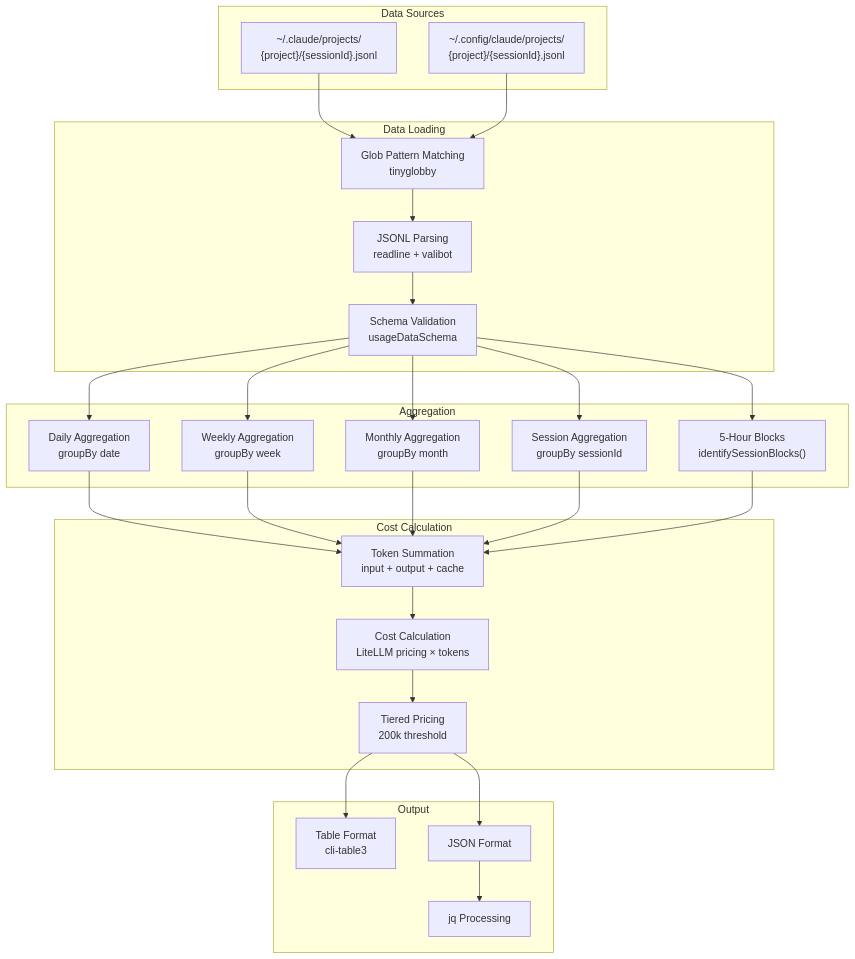
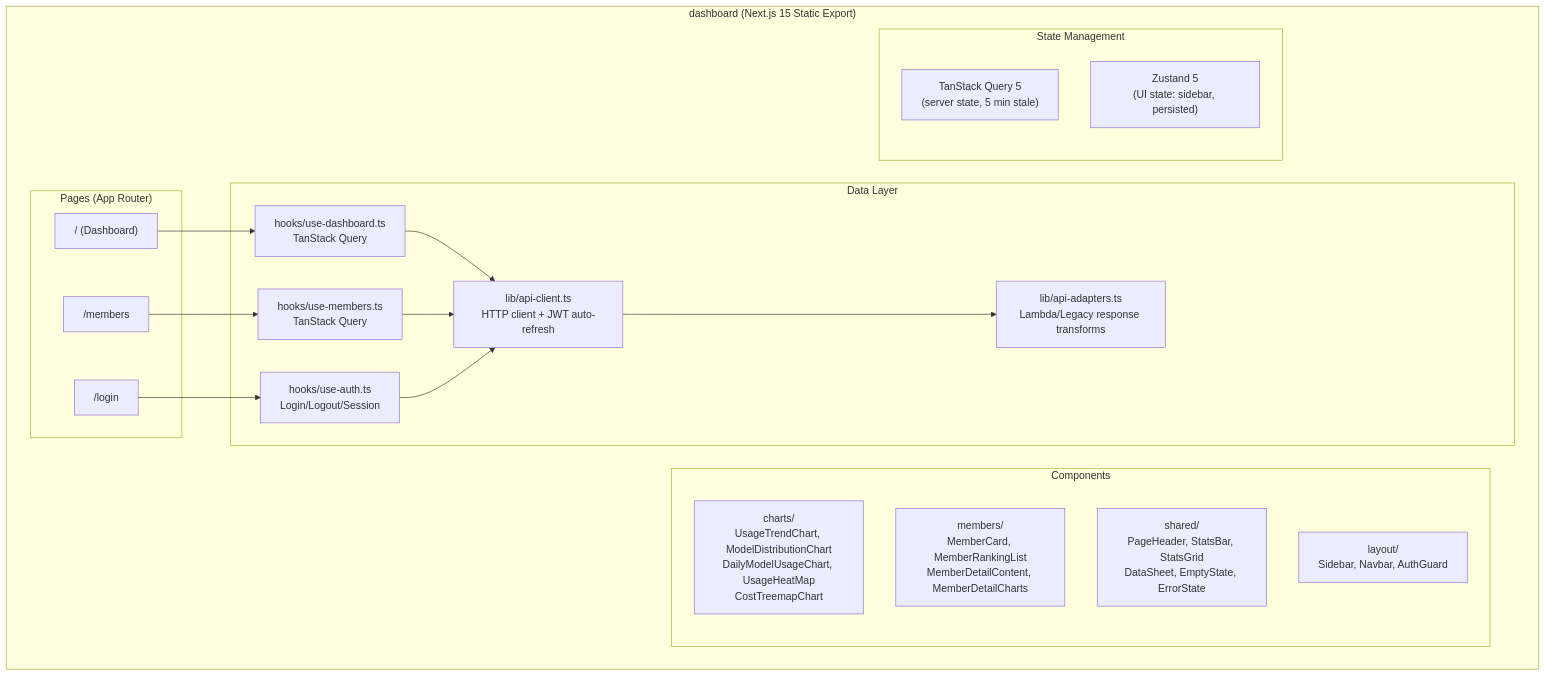
Before and after one commit to nathanp1112/ccusage-monitor: the eighth of 17 diagrams in docs/architecture.md, drawn with Mermaid. The commit also changed other lines of this file and 77 other files, not shown here.

````diff
--- a/docs/architecture.md
+++ b/docs/architecture.md
@@ -183,57 +395,39 @@
 ```mermaid
-flowchart TD
-    subgraph "Data Sources"
-        FS1["~/.claude/projects/<br/>{project}/{sessionId}.jsonl"]
-        FS2["~/.config/claude/projects/<br/>{project}/{sessionId}.jsonl"]
+graph TB
+    subgraph "dashboard (Next.js 15 Static Export)"
+        subgraph "Pages (App Router)"
+            HOME["/ (Dashboard)"]
+            MEMBERS_PAGE["/members"]
+            LOGIN_PAGE["/login"]
+        end
+
+        subgraph "Data Layer"
+            API_CLIENT["lib/api-client.ts<br/>HTTP client + JWT auto-refresh"]
+            API_ADAPTERS["lib/api-adapters.ts<br/>Lambda/Legacy response transforms"]
+            USE_DASHBOARD["hooks/use-dashboard.ts<br/>TanStack Query"]
+            USE_MEMBERS["hooks/use-members.ts<br/>TanStack Query"]
+            USE_AUTH["hooks/use-auth.ts<br/>Login/Logout/Session"]
+        end
+
+        subgraph "Components"
+            CHARTS["charts/<br/>UsageTrendChart, ModelDistributionChart<br/>DailyModelUsageChart, UsageHeatMap<br/>CostTreemapChart"]
+            MEMBERS_COMP["members/<br/>MemberCard, MemberRankingList<br/>MemberDetailContent, MemberDetailCharts"]
+            SHARED["shared/<br/>PageHeader, StatsBar, StatsGrid<br/>DataSheet, EmptyState, ErrorState"]
+            LAYOUT["layout/<br/>Sidebar, Navbar, AuthGuard"]
+        end
+
+        subgraph "State Management"
+            TANSTACK["TanStack Query 5<br/>(server state, 5 min stale)"]
+            ZUSTAND["Zustand 5<br/>(UI state: sidebar, persisted)"]
+        end
+
+        HOME --> USE_DASHBOARD
+        MEMBERS_PAGE --> USE_MEMBERS
+        LOGIN_PAGE --> USE_AUTH
+
+        USE_DASHBOARD --> API_CLIENT
+        USE_MEMBERS --> API_CLIENT
+        USE_AUTH --> API_CLIENT
+        API_CLIENT --> API_ADAPTERS
     end
-
-    subgraph "Data Loading"
-        GLOB["Glob Pattern Matching<br/>tinyglobby"]
-        PARSE["JSONL Parsing<br/>readline + valibot"]
-        VALIDATE["Schema Validation<br/>usageDataSchema"]
-    end
-
-    subgraph "Aggregation"
-        AGG_DAILY["Daily Aggregation<br/>groupBy date"]
-        AGG_WEEKLY["Weekly Aggregation<br/>groupBy week"]
-        AGG_MONTHLY["Monthly Aggregation<br/>groupBy month"]
-        AGG_SESSION["Session Aggregation<br/>groupBy sessionId"]
-        AGG_BLOCKS["5-Hour Blocks<br/>identifySessionBlocks()"]
-    end
-
-    subgraph "Cost Calculation"
-        TOKEN_SUM["Token Summation<br/>input + output + cache"]
-        COST_CALC["Cost Calculation<br/>LiteLLM pricing × tokens"]
-        TIERED["Tiered Pricing<br/>200k threshold"]
-    end
-
-    subgraph "Output"
-        OUT_TABLE["Table Format<br/>cli-table3"]
-        OUT_JSON["JSON Format"]
-        OUT_JQ["jq Processing"]
-    end
-
-    FS1 --> GLOB
-    FS2 --> GLOB
-    GLOB --> PARSE
-    PARSE --> VALIDATE
-
-    VALIDATE --> AGG_DAILY
-    VALIDATE --> AGG_WEEKLY
-    VALIDATE --> AGG_MONTHLY
-    VALIDATE --> AGG_SESSION
-    VALIDATE --> AGG_BLOCKS
-
-    AGG_DAILY --> TOKEN_SUM
-    AGG_WEEKLY --> TOKEN_SUM
-    AGG_MONTHLY --> TOKEN_SUM
-    AGG_SESSION --> TOKEN_SUM
-    AGG_BLOCKS --> TOKEN_SUM
-
-    TOKEN_SUM --> COST_CALC
-    COST_CALC --> TIERED
-
-    TIERED --> OUT_TABLE
-    TIERED --> OUT_JSON
-    OUT_JSON --> OUT_JQ
 ```
````
